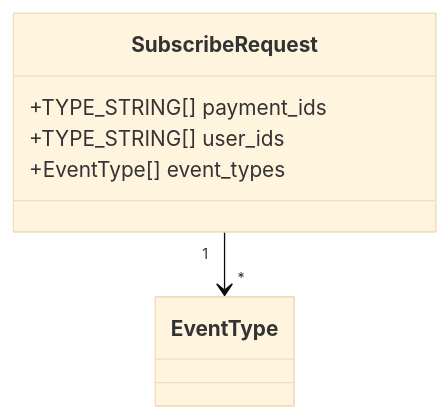
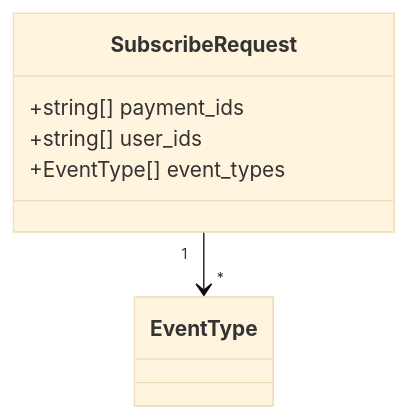
Before and after one commit to kyivinua/root: diagram 31 of 44 in test-monorepo/docs/consolidated/PaymentService.md, drawn with Mermaid (base theme). The commit also changed other lines of this file and 5 other files, not shown here.

````diff
--- a/test-monorepo/docs/consolidated/PaymentService.md
+++ b/test-monorepo/docs/consolidated/PaymentService.md
@@ -510,9 +1639,9 @@
 ```mermaid
 classDiagram
     class SubscribeRequest {
-        +TYPE_STRING[] payment_ids
-        +TYPE_STRING[] user_ids
+        +string[] payment_ids
+        +string[] user_ids
         +EventType[] event_types
     }
     SubscribeRequest "1" --> "*" EventType
 ```
````
